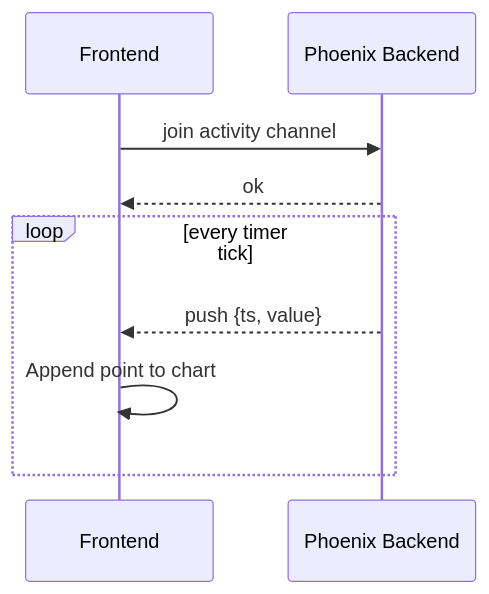
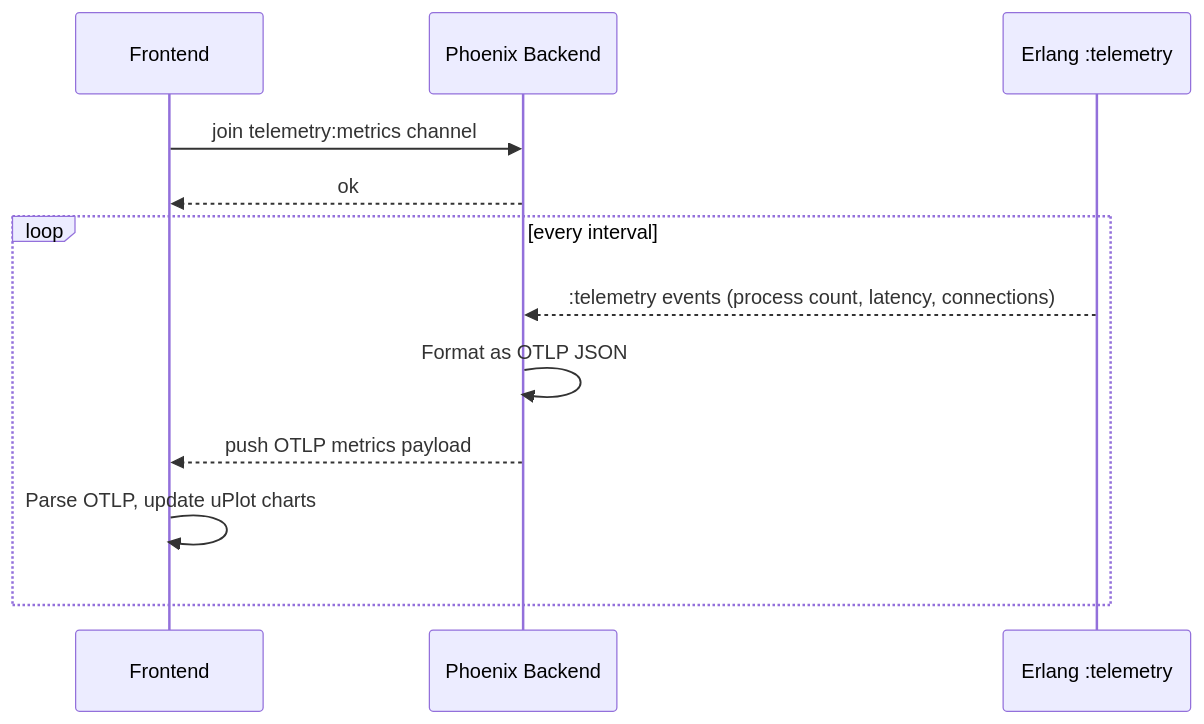
One commit to ravecat/yggd changed the sixth of 7 diagrams in docs/design-doc.md. Above: the diagram before and after it, drawn with Mermaid. The commit also changed other lines of this file and 4 other files, not shown here.

````diff
--- a/docs/design-doc.md
+++ b/docs/design-doc.md
@@ -162,13 +163,16 @@
 ```mermaid
 sequenceDiagram
     participant F as Frontend
     participant P as Phoenix Backend
+    participant T as Erlang :telemetry
 
-    F->>P: join activity channel
+    F->>P: join telemetry:metrics channel
     P-->>F: ok
 
-    loop every timer tick
-        P-->>F: push {ts, value}
-        F->>F: Append point to chart
+    loop every interval
+        T-->>P: :telemetry events (process count, latency, connections)
+        P->>P: Format as OTLP JSON
+        P-->>F: push OTLP metrics payload
+        F->>F: Parse OTLP, update uPlot charts
     end
 ```
````
